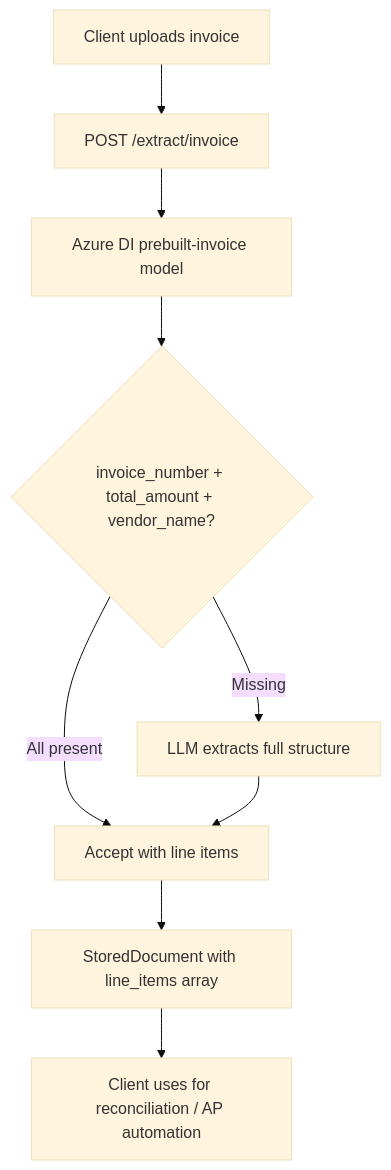
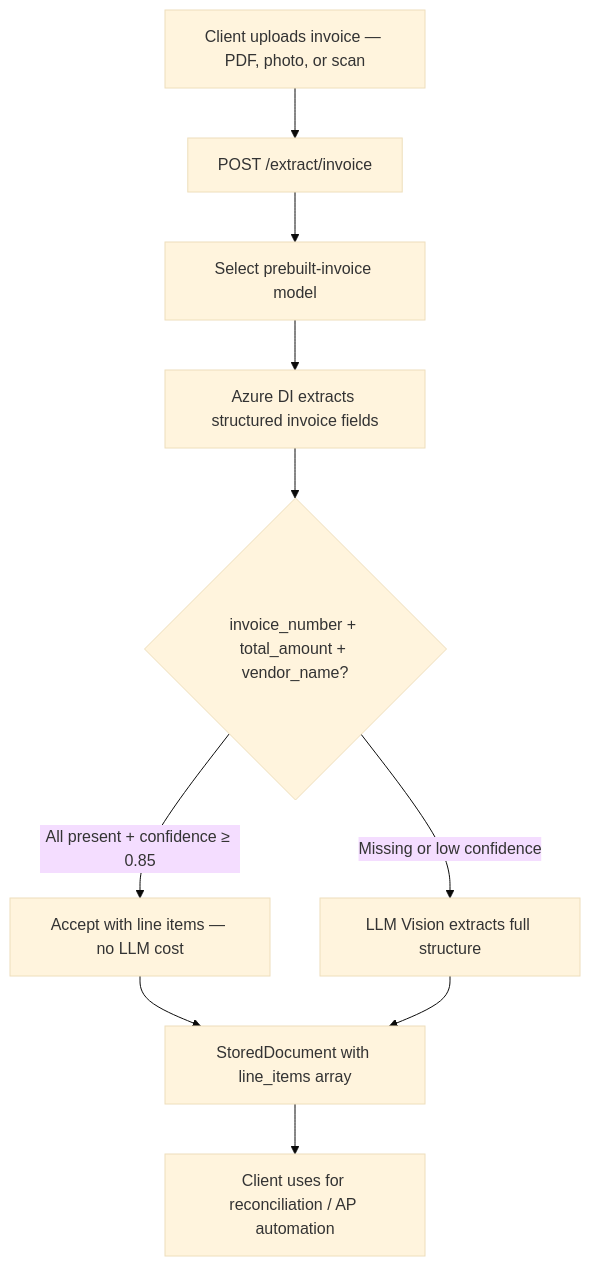
One commit to harsha9099/document-intelligence-api changed the fifth of 8 diagrams in README.md. Above: the diagram before and after it, drawn with Mermaid (base theme). The commit also changed other lines of this file and 7 other files, not shown here.

First line of the commit message:
Route ALL documents through Azure DI first with smart prebuilt model selection

````diff
--- a/README.md
+++ b/README.md
@@ -115,11 +119,12 @@
 ```mermaid
 flowchart TD
-    A[Client uploads invoice] --> B[POST /extract/invoice]
-    B --> C[Azure DI prebuilt-invoice model]
-    C --> D{invoice_number + total_amount + vendor_name?}
-    D -->|All present| E[Accept with line items]
-    D -->|Missing| F[LLM extracts full structure]
-    F --> E
-    E --> G[StoredDocument with line_items array]
-    G --> H[Client uses for reconciliation / AP automation]
+    A[Client uploads invoice — PDF, photo, or scan] --> B[POST /extract/invoice]
+    B --> C[Select prebuilt-invoice model]
+    C --> D[Azure DI extracts structured invoice fields]
+    D --> E{invoice_number + total_amount + vendor_name?}
+    E -->|All present + confidence ≥ 0.85| F[Accept with line items — no LLM cost]
+    E -->|Missing or low confidence| G[LLM Vision extracts full structure]
+    F --> H[StoredDocument with line_items array]
+    G --> H
+    H --> I[Client uses for reconciliation / AP automation]
 ```
````
